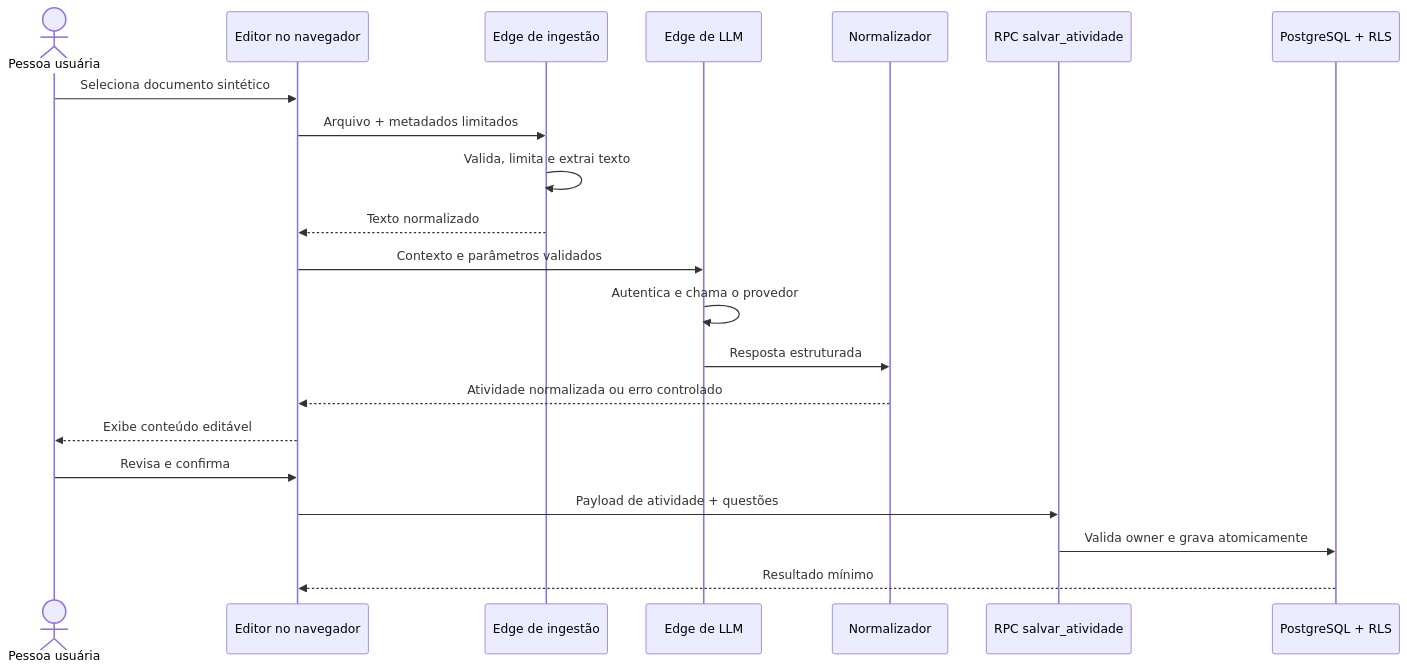
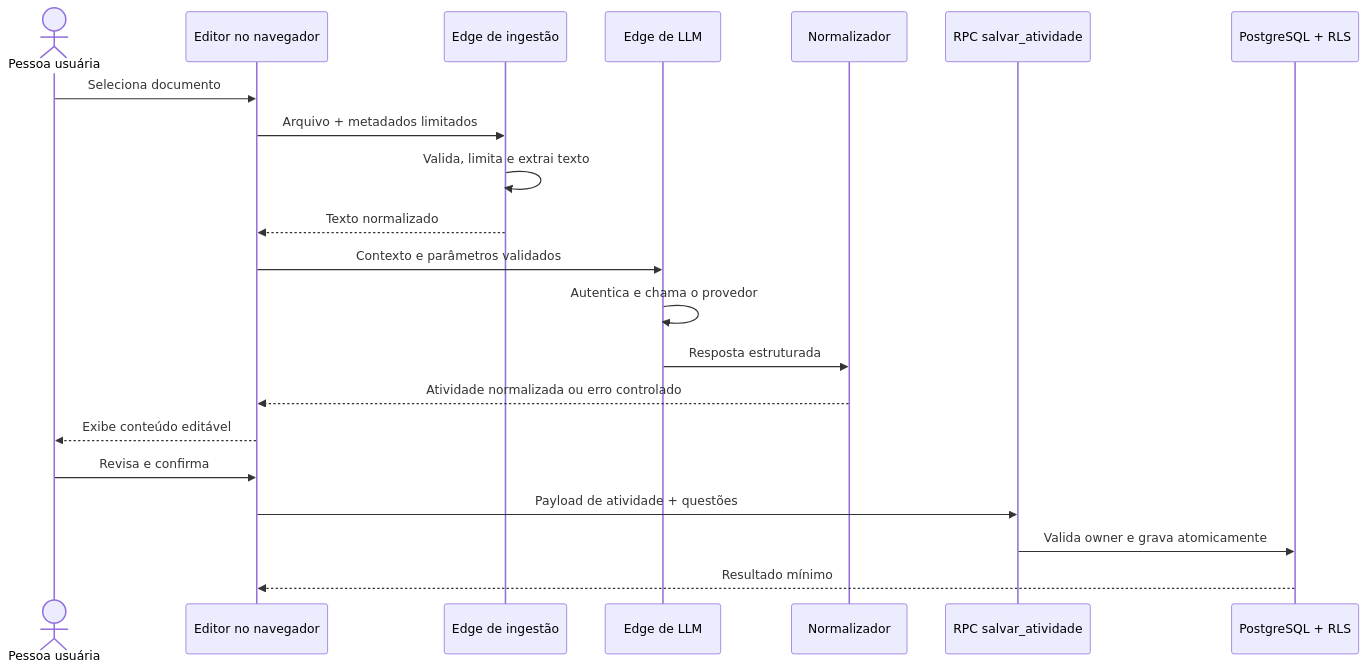
Before and after one commit to LariMaury/llm-document-workflows: the diagram in docs/architecture.md, drawn with Mermaid. The commit also changed other lines of this file and 7 other files, not shown here.

````diff
--- a/docs/architecture.md
+++ b/docs/architecture.md
@@ -90,24 +92,24 @@
 ```mermaid
 sequenceDiagram
     actor P as Pessoa usuária
     participant UI as Editor no navegador
     participant ING as Edge de ingestão
     participant LLM as Edge de LLM
     participant N as Normalizador
     participant RPC as RPC salvar_atividade
     participant DB as PostgreSQL + RLS
 
-    P->>UI: Seleciona documento sintético
+    P->>UI: Seleciona documento
     UI->>ING: Arquivo + metadados limitados
     ING->>ING: Valida, limita e extrai texto
     ING-->>UI: Texto normalizado
     UI->>LLM: Contexto e parâmetros validados
     LLM->>LLM: Autentica e chama o provedor
     LLM->>N: Resposta estruturada
     N-->>UI: Atividade normalizada ou erro controlado
     UI-->>P: Exibe conteúdo editável
     P->>UI: Revisa e confirma
     UI->>RPC: Payload de atividade + questões
     RPC->>DB: Valida owner e grava atomicamente
     DB-->>UI: Resultado mínimo
 ```
````
